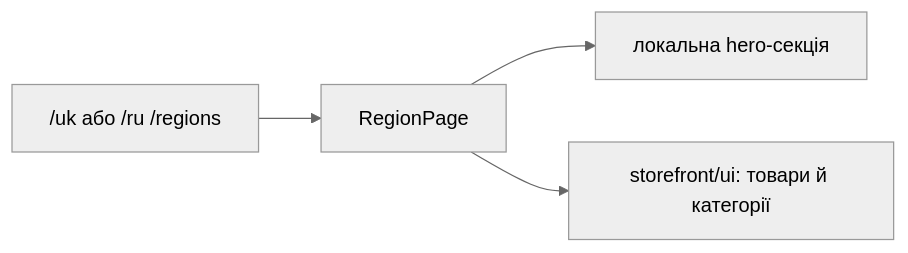
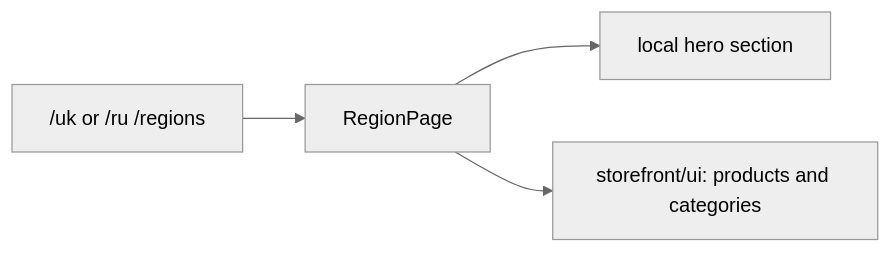
Before and after one commit to Weretik/brevi-web: the diagram in docs/features/storefront/information/regions.md, drawn with Mermaid (neutral theme). The commit also changed other lines of this file and 52 other files, not shown here.

Commit message:
docs(frontend): reconcile architecture and feature guidance

````diff
--- a/docs/features/storefront/information/regions.md
+++ b/docs/features/storefront/information/regions.md
@@ -9,6 +12,6 @@
 ```mermaid
 flowchart LR
-  Route["/uk або /ru /regions"] --> Page["RegionPage"]
-  Page --> Hero["локальна hero-секція"]
-  Page --> UI["storefront/ui: товари й категорії"]
+  Route["/uk or /ru /regions"] --> Page["RegionPage"]
+  Page --> Hero["local hero section"]
+  Page --> UI["storefront/ui: products and categories"]
 ```
````
